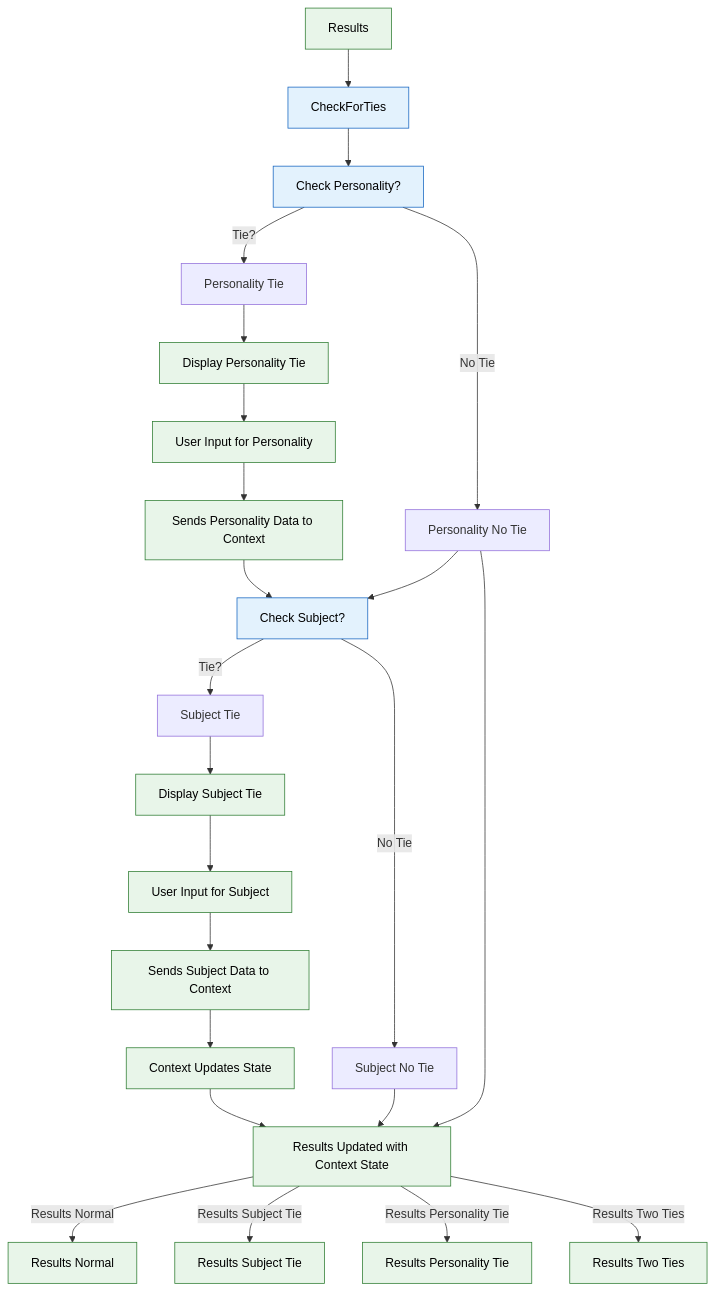
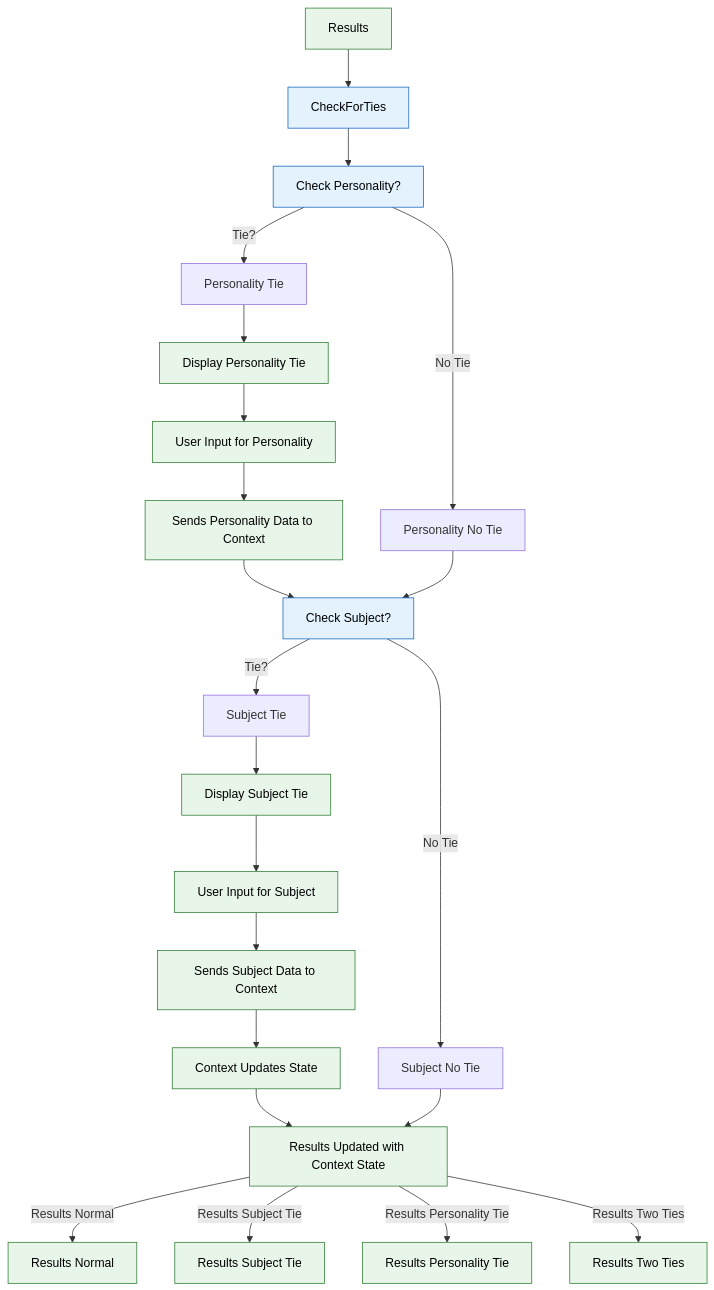
Before and after one commit to lmcrean/steam-report-mern: the fifth of 6 diagrams in docs/readme_react.md, drawn with Mermaid. The commit also changed 10 other files, not shown here.

````diff
--- a/docs/readme_react.md
+++ b/docs/readme_react.md
@@ -210,44 +210,43 @@
 ```mermaid
 flowchart TB
     A[Results] --> B[CheckForTies]
     
     %% Check Personality first
     B --> P[Check Personality?]
     P -->|Tie?| PY[Personality Tie]
     P -->|No Tie| PN[Personality No Tie]
     
     %% Handle Personality Tie
     PY --> C[Display Personality Tie]
     C --> D[User Input for Personality]
     D --> E[Sends Personality Data to Context]
     E --> S[Context Updates State]
     
     %% Check Subject next
     PN --> S[Check Subject?]
     S -->|Tie?| SY[Subject Tie]
     S -->|No Tie| SN[Subject No Tie]
     
     %% Handle Subject Tie
     SY --> G[Display Subject Tie]
     G --> H[User Input for Subject]
     H --> I[Sends Subject Data to Context]
     I --> F[Context Updates State]
 
     %% Final Results Update
     F --> K[Results Updated with Context State]
     SN --> K
-    PN --> K
 
     %% Outcomes
     K -->|Results Normal| L[Results Normal]
     K -->|Results Subject Tie| M[Results Subject Tie]
     K -->|Results Personality Tie| N[Results Personality Tie]
     K -->|Results Two Ties| O[Results Two Ties]
 
     classDef flow fill:#f9f9f9,stroke:#ff9800,color:#000
     classDef decision fill:#e3f2fd,stroke:#1565c0,color:#000
     classDef action fill:#e8f5e9,stroke:#2e7d32,color:#000
 
     class B,P,S decision
     class A,C,D,E,F,G,H,I,J,K,L,M,N,O action
 ```
````
